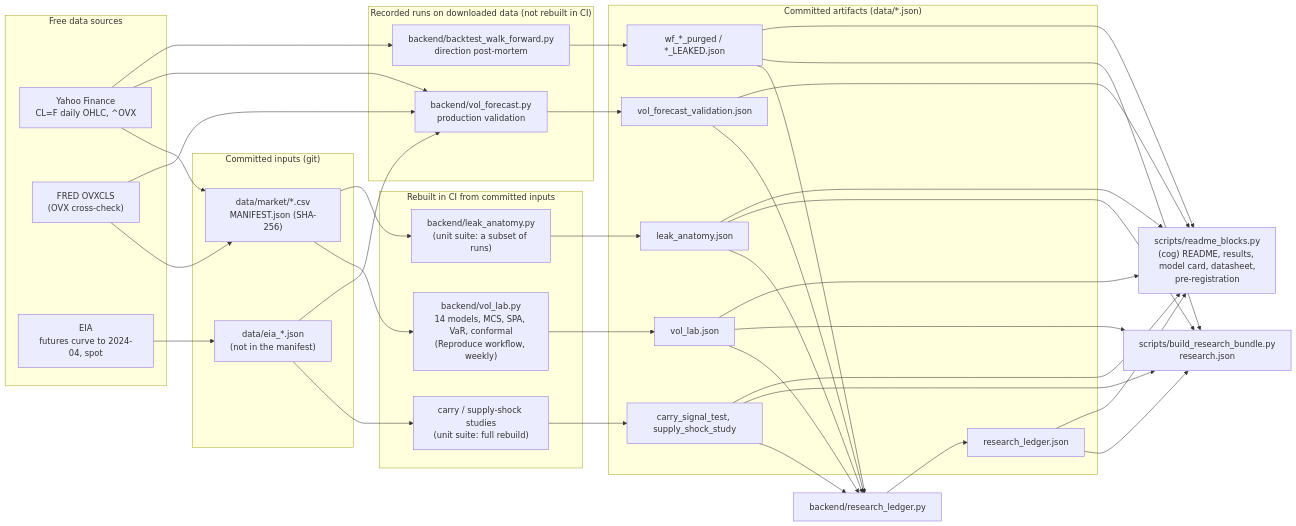
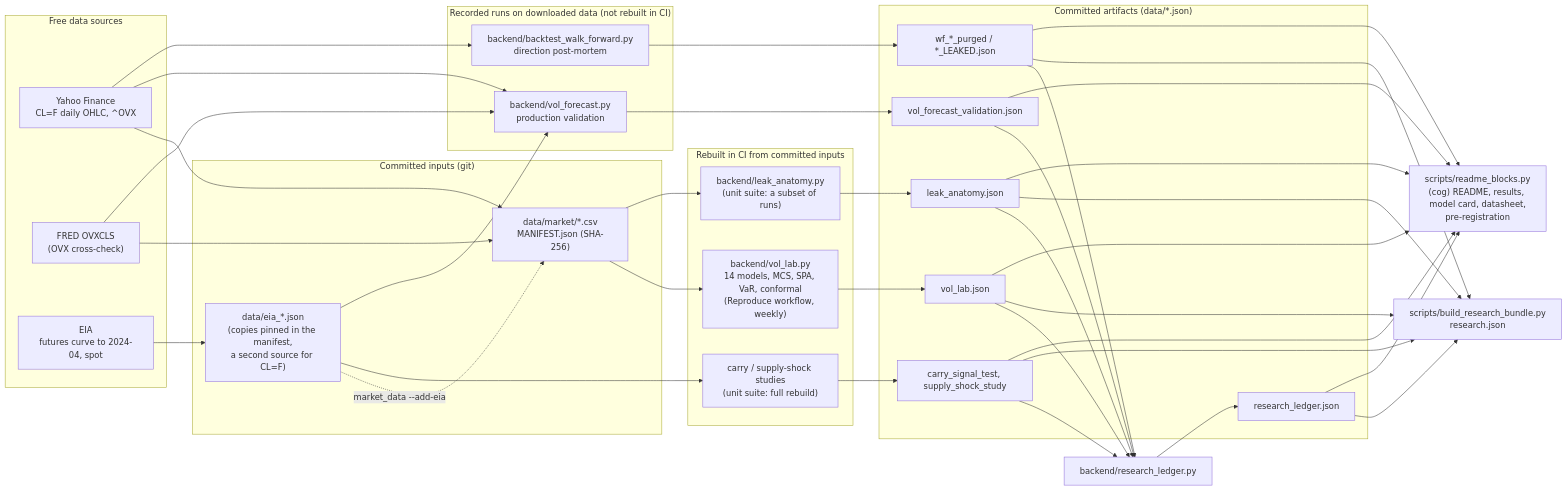
One commit to NavnoorBawa/WTI-Crude-Oil-Futures changed the first of 2 diagrams in docs/ARCHITECTURE.md. Above: the diagram before and after it, drawn with Mermaid. The commit also changed 17 other files, not shown here.

First line of the commit message:
Prices: a second source for CL=F and a roll audit (ROADMAP 1.7, first part) (#91)

````diff
--- a/docs/ARCHITECTURE.md
+++ b/docs/ARCHITECTURE.md
@@ -13,43 +13,44 @@
 ```mermaid
 flowchart LR
     subgraph sources["Free data sources"]
         Y["Yahoo Finance<br/>CL=F daily OHLC, ^OVX"]
         F["FRED OVXCLS<br/>(OVX cross-check)"]
         E["EIA<br/>futures curve to 2024-04, spot"]
     end
     subgraph pinned["Committed inputs (git)"]
         S["data/market/*.csv<br/>MANIFEST.json (SHA-256)"]
-        EC["data/eia_*.json<br/>(not in the manifest)"]
+        EC["data/eia_*.json<br/>(copies pinned in the manifest,<br/>a second source for CL=F)"]
     end
     subgraph offline["Rebuilt in CI from committed inputs"]
         L["backend/vol_lab.py<br/>14 models, MCS, SPA, VaR, conformal<br/>(Reproduce workflow, weekly)"]
         LA["backend/leak_anatomy.py<br/>(unit suite: a subset of runs)"]
         C["carry / supply-shock studies<br/>(unit suite: full rebuild)"]
     end
     subgraph recorded["Recorded runs on downloaded data (not rebuilt in CI)"]
         V["backend/vol_forecast.py<br/>production validation"]
         W["backend/backtest_walk_forward.py<br/>direction post-mortem"]
     end
     subgraph artifacts["Committed artifacts (data/*.json)"]
         A1["vol_lab.json"]
         A4["leak_anatomy.json"]
         A3["carry_signal_test, supply_shock_study"]
         A5["vol_forecast_validation.json"]
         A2["wf_*_purged / *_LEAKED.json"]
         A6["research_ledger.json"]
     end
     Y --> S
     F --> S
     E --> EC
+    EC -. "market_data --add-eia" .-> S
     S --> L --> A1
     S --> LA --> A4
     EC --> C --> A3
     Y --> V
     F --> V
     EC --> V
     V --> A5
     Y --> W --> A2
     A1 & A2 & A3 & A4 & A5 --> LG["backend/research_ledger.py"] --> A6
     A1 & A2 & A3 & A4 & A6 --> B["scripts/build_research_bundle.py<br/>research.json"]
     A1 & A2 & A3 & A4 & A5 & A6 --> R["scripts/readme_blocks.py<br/>(cog) README, results, model card, datasheet,<br/>pre-registration"]
 ```
````
